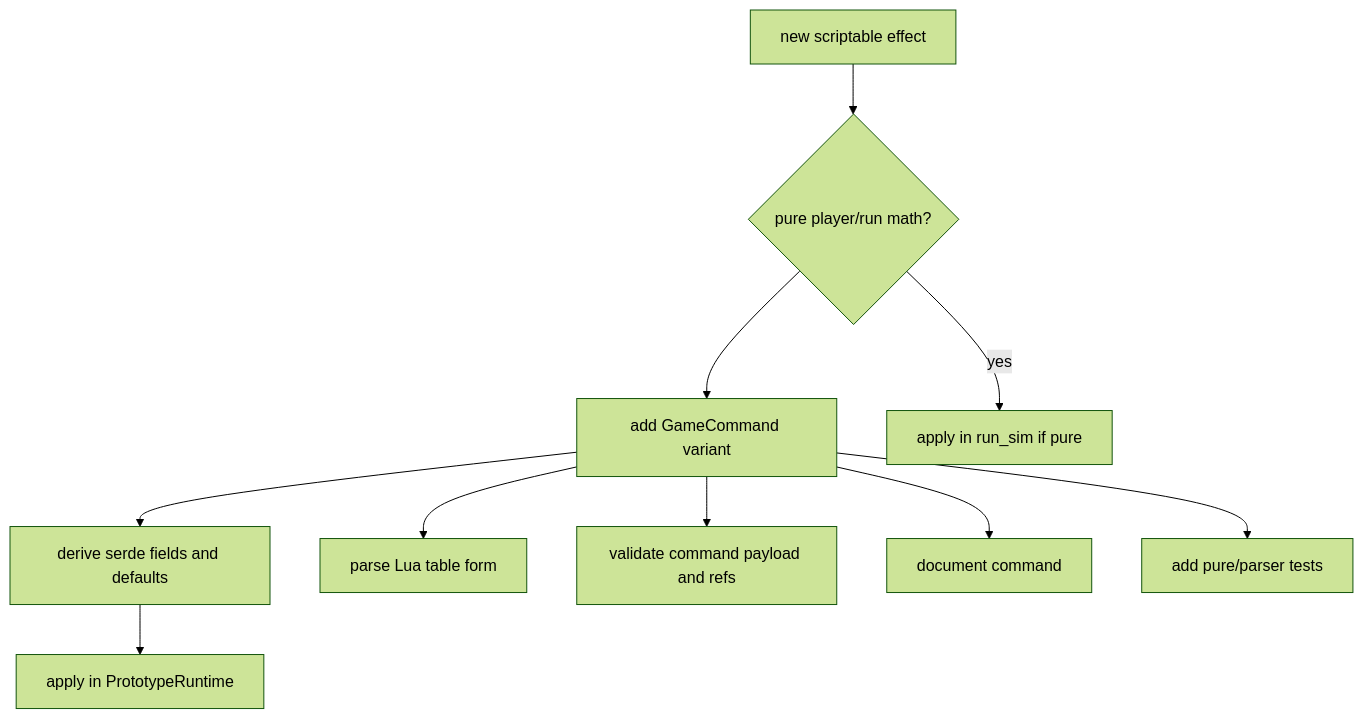
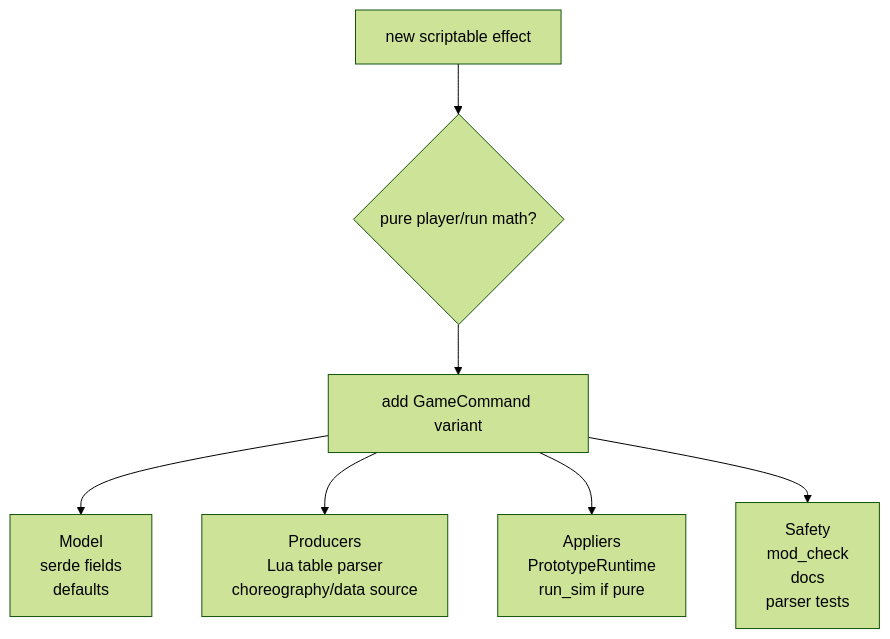
Before and after one commit to soulwax/EchoWiki: the ninth of 10 diagrams in src/content/docs/pages/architecture/runtime-data-command-pipeline.md, drawn with Mermaid (forest theme). The commit also changed other lines of this file and 5 other files, not shown here.

Commit message:
fix: refine runtime pipeline diagrams

````diff
--- a/src/content/docs/pages/architecture/runtime-data-command-pipeline.md
+++ b/src/content/docs/pages/architecture/runtime-data-command-pipeline.md
@@ -238,20 +224,16 @@
 ```mermaid
 flowchart TD
     idea[new scriptable effect]
     pure{pure player/run math?}
     command[add GameCommand variant]
-    serde[derive serde fields and defaults]
-    runtime[apply in PrototypeRuntime]
-    runsim[apply in run_sim if pure]
-    lua[parse Lua table form]
-    modcheck[validate command payload and refs]
-    docs[document command]
-    tests[add pure/parser tests]
+    model["Model<br/>serde fields<br/>defaults"]
+    producers["Producers<br/>Lua table parser<br/>choreography/data source"]
+    appliers["Appliers<br/>PrototypeRuntime<br/>run_sim if pure"]
+    safety["Safety<br/>mod_check<br/>docs<br/>parser tests"]
 
-    idea --> pure --> command --> serde --> runtime
-    pure -- yes --> runsim
-    command --> lua
-    command --> modcheck
-    command --> docs
-    command --> tests
+    idea --> pure --> command
+    command --> model
+    command --> producers
+    command --> appliers
+    command --> safety
 ```
````
